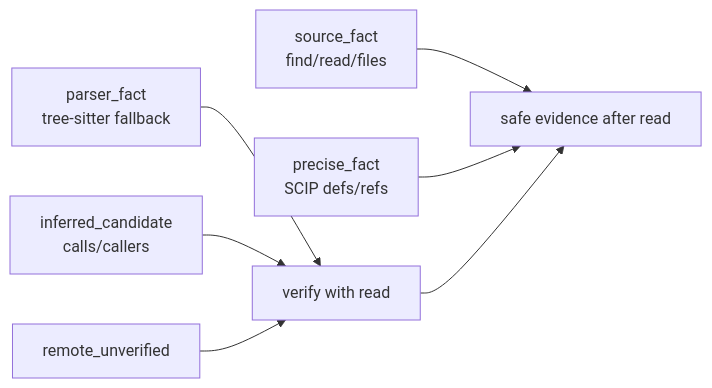
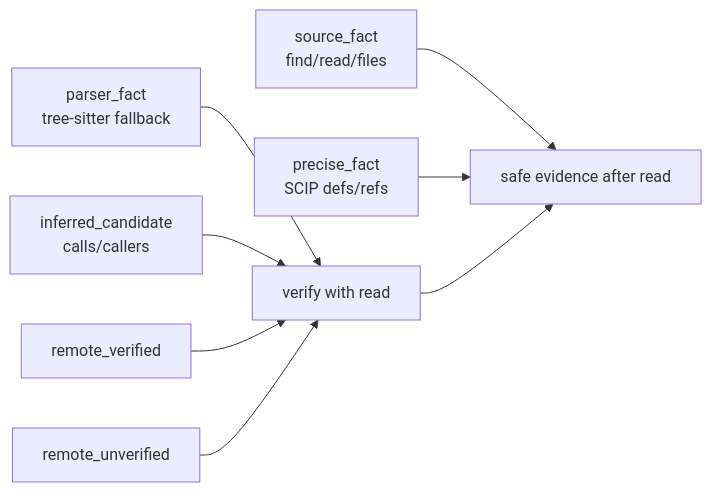
One commit to mars167/CodeTrail changed the second of 2 diagrams in docs/02-command-contract.md. Above: the diagram before and after it, drawn with Mermaid. The commit also changed other lines of this file and 4 other files, not shown here.

````diff
--- a/docs/02-command-contract.md
+++ b/docs/02-command-contract.md
@@ -87,9 +94,10 @@
 ```mermaid
 flowchart LR
   Source["source_fact\nfind/read/files"] --> Edit["safe evidence after read"]
   Precise["precise_fact\nSCIP defs/refs"] --> Edit
   Parser["parser_fact\ntree-sitter fallback"] --> Verify["verify with read"]
   Candidate["inferred_candidate\ncalls/callers"] --> Verify
-  Remote["remote_unverified"] --> Verify
+  RemoteOk["remote_verified"] --> Verify
+  RemoteBad["remote_unverified"] --> Verify
   Verify --> Edit
 ```
````
